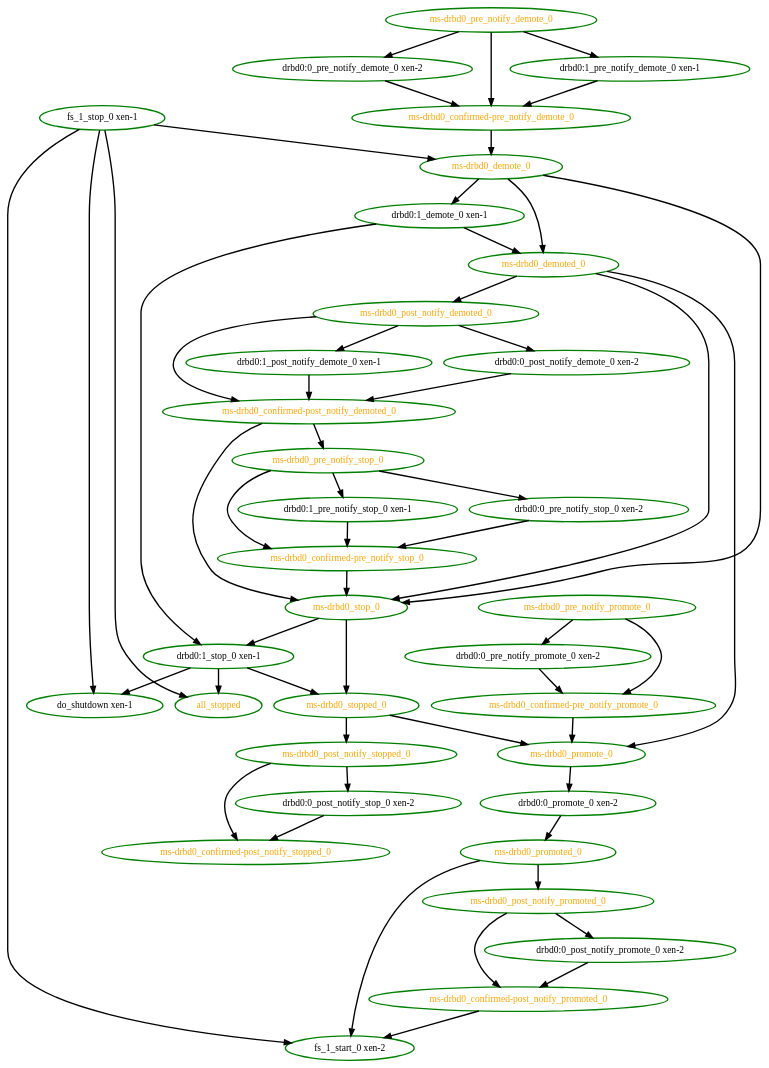
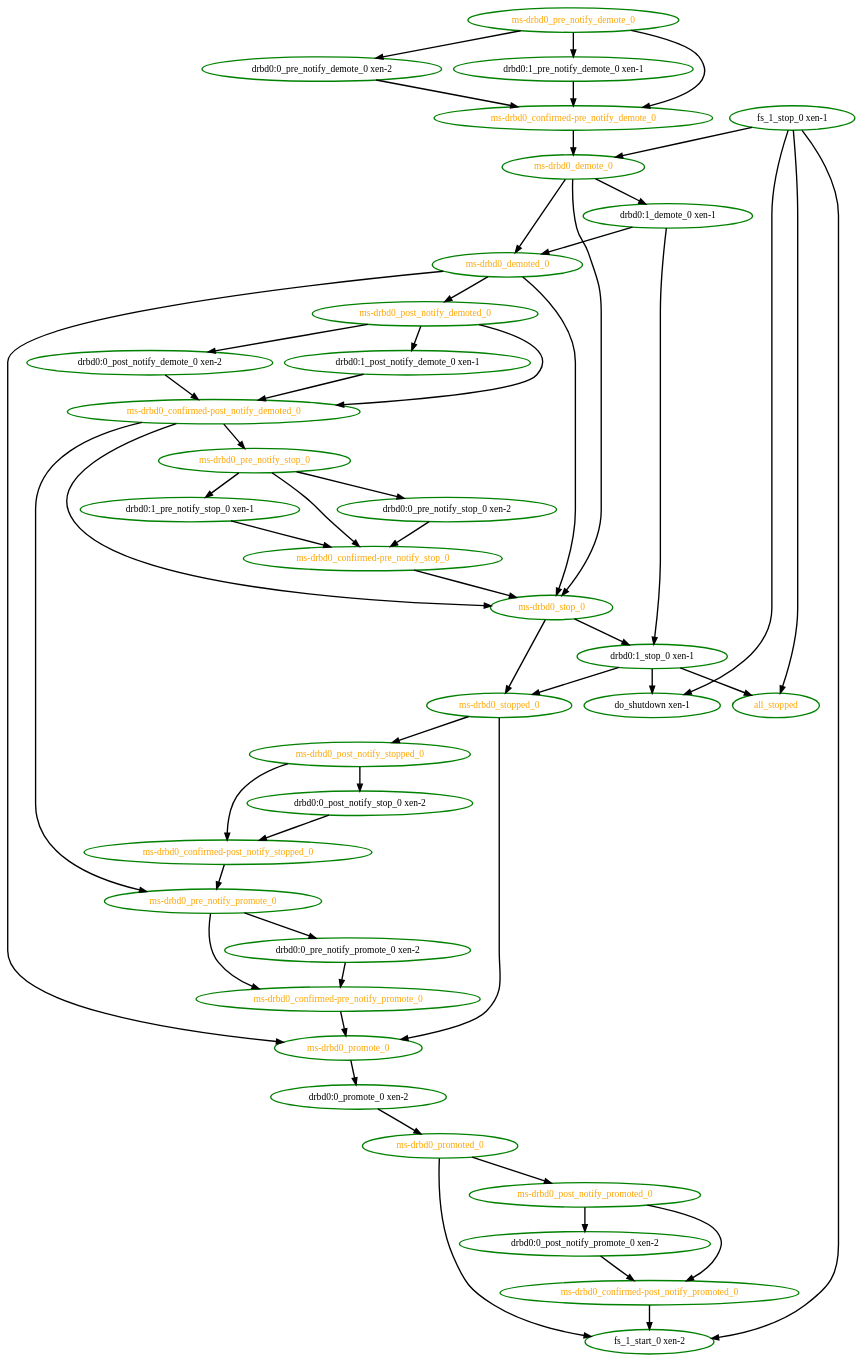
Before and after one commit to linux-ha-japan/pm_diskd: the diagram in pengine/test10/novell-239082.dot, drawn with Graphviz. The commit also changed 10 other files, not shown here.

```diff
--- a/pengine/test10/novell-239082.dot
+++ b/pengine/test10/novell-239082.dot
@@ -1,89 +1,91 @@
  digraph "g" {
 "all_stopped" [ style=bold color="green" fontcolor="orange"  ]
 "do_shutdown xen-1" [ style=bold color="green" fontcolor="black"  ]
 "drbd0:0_post_notify_demote_0 xen-2" -> "ms-drbd0_confirmed-post_notify_demoted_0" [ style = bold]
 "drbd0:0_post_notify_demote_0 xen-2" [ style=bold color="green" fontcolor="black"  ]
 "drbd0:0_post_notify_promote_0 xen-2" -> "ms-drbd0_confirmed-post_notify_promoted_0" [ style = bold]
 "drbd0:0_post_notify_promote_0 xen-2" [ style=bold color="green" fontcolor="black"  ]
 "drbd0:0_post_notify_stop_0 xen-2" -> "ms-drbd0_confirmed-post_notify_stopped_0" [ style = bold]
 "drbd0:0_post_notify_stop_0 xen-2" [ style=bold color="green" fontcolor="black"  ]
 "drbd0:0_pre_notify_demote_0 xen-2" -> "ms-drbd0_confirmed-pre_notify_demote_0" [ style = bold]
 "drbd0:0_pre_notify_demote_0 xen-2" [ style=bold color="green" fontcolor="black"  ]
 "drbd0:0_pre_notify_promote_0 xen-2" -> "ms-drbd0_confirmed-pre_notify_promote_0" [ style = bold]
 "drbd0:0_pre_notify_promote_0 xen-2" [ style=bold color="green" fontcolor="black"  ]
 "drbd0:0_pre_notify_stop_0 xen-2" -> "ms-drbd0_confirmed-pre_notify_stop_0" [ style = bold]
 "drbd0:0_pre_notify_stop_0 xen-2" [ style=bold color="green" fontcolor="black"  ]
 "drbd0:0_promote_0 xen-2" -> "ms-drbd0_promoted_0" [ style = bold]
 "drbd0:0_promote_0 xen-2" [ style=bold color="green" fontcolor="black"  ]
 "drbd0:1_demote_0 xen-1" -> "drbd0:1_stop_0 xen-1" [ style = bold]
 "drbd0:1_demote_0 xen-1" -> "ms-drbd0_demoted_0" [ style = bold]
 "drbd0:1_demote_0 xen-1" [ style=bold color="green" fontcolor="black"  ]
 "drbd0:1_post_notify_demote_0 xen-1" -> "ms-drbd0_confirmed-post_notify_demoted_0" [ style = bold]
 "drbd0:1_post_notify_demote_0 xen-1" [ style=bold color="green" fontcolor="black"  ]
 "drbd0:1_pre_notify_demote_0 xen-1" -> "ms-drbd0_confirmed-pre_notify_demote_0" [ style = bold]
 "drbd0:1_pre_notify_demote_0 xen-1" [ style=bold color="green" fontcolor="black"  ]
 "drbd0:1_pre_notify_stop_0 xen-1" -> "ms-drbd0_confirmed-pre_notify_stop_0" [ style = bold]
 "drbd0:1_pre_notify_stop_0 xen-1" [ style=bold color="green" fontcolor="black"  ]
 "drbd0:1_stop_0 xen-1" -> "all_stopped" [ style = bold]
 "drbd0:1_stop_0 xen-1" -> "do_shutdown xen-1" [ style = bold]
 "drbd0:1_stop_0 xen-1" -> "ms-drbd0_stopped_0" [ style = bold]
 "drbd0:1_stop_0 xen-1" [ style=bold color="green" fontcolor="black"  ]
 "fs_1_start_0 xen-2" [ style=bold color="green" fontcolor="black"  ]
 "fs_1_stop_0 xen-1" -> "all_stopped" [ style = bold]
 "fs_1_stop_0 xen-1" -> "do_shutdown xen-1" [ style = bold]
 "fs_1_stop_0 xen-1" -> "fs_1_start_0 xen-2" [ style = bold]
 "fs_1_stop_0 xen-1" -> "ms-drbd0_demote_0" [ style = bold]
 "fs_1_stop_0 xen-1" [ style=bold color="green" fontcolor="black"  ]
+"ms-drbd0_confirmed-post_notify_demoted_0" -> "ms-drbd0_pre_notify_promote_0" [ style = bold]
 "ms-drbd0_confirmed-post_notify_demoted_0" -> "ms-drbd0_pre_notify_stop_0" [ style = bold]
 "ms-drbd0_confirmed-post_notify_demoted_0" -> "ms-drbd0_stop_0" [ style = bold]
 "ms-drbd0_confirmed-post_notify_demoted_0" [ style=bold color="green" fontcolor="orange"  ]
 "ms-drbd0_confirmed-post_notify_promoted_0" -> "fs_1_start_0 xen-2" [ style = bold]
 "ms-drbd0_confirmed-post_notify_promoted_0" [ style=bold color="green" fontcolor="orange"  ]
+"ms-drbd0_confirmed-post_notify_stopped_0" -> "ms-drbd0_pre_notify_promote_0" [ style = bold]
 "ms-drbd0_confirmed-post_notify_stopped_0" [ style=bold color="green" fontcolor="orange"  ]
 "ms-drbd0_confirmed-pre_notify_demote_0" -> "ms-drbd0_demote_0" [ style = bold]
 "ms-drbd0_confirmed-pre_notify_demote_0" [ style=bold color="green" fontcolor="orange"  ]
 "ms-drbd0_confirmed-pre_notify_promote_0" -> "ms-drbd0_promote_0" [ style = bold]
 "ms-drbd0_confirmed-pre_notify_promote_0" [ style=bold color="green" fontcolor="orange"  ]
 "ms-drbd0_confirmed-pre_notify_stop_0" -> "ms-drbd0_stop_0" [ style = bold]
 "ms-drbd0_confirmed-pre_notify_stop_0" [ style=bold color="green" fontcolor="orange"  ]
 "ms-drbd0_demote_0" -> "drbd0:1_demote_0 xen-1" [ style = bold]
 "ms-drbd0_demote_0" -> "ms-drbd0_demoted_0" [ style = bold]
 "ms-drbd0_demote_0" -> "ms-drbd0_stop_0" [ style = bold]
 "ms-drbd0_demote_0" [ style=bold color="green" fontcolor="orange"  ]
 "ms-drbd0_demoted_0" -> "ms-drbd0_post_notify_demoted_0" [ style = bold]
 "ms-drbd0_demoted_0" -> "ms-drbd0_promote_0" [ style = bold]
 "ms-drbd0_demoted_0" -> "ms-drbd0_stop_0" [ style = bold]
 "ms-drbd0_demoted_0" [ style=bold color="green" fontcolor="orange"  ]
 "ms-drbd0_post_notify_demoted_0" -> "drbd0:0_post_notify_demote_0 xen-2" [ style = bold]
 "ms-drbd0_post_notify_demoted_0" -> "drbd0:1_post_notify_demote_0 xen-1" [ style = bold]
 "ms-drbd0_post_notify_demoted_0" -> "ms-drbd0_confirmed-post_notify_demoted_0" [ style = bold]
 "ms-drbd0_post_notify_demoted_0" [ style=bold color="green" fontcolor="orange"  ]
 "ms-drbd0_post_notify_promoted_0" -> "drbd0:0_post_notify_promote_0 xen-2" [ style = bold]
 "ms-drbd0_post_notify_promoted_0" -> "ms-drbd0_confirmed-post_notify_promoted_0" [ style = bold]
 "ms-drbd0_post_notify_promoted_0" [ style=bold color="green" fontcolor="orange"  ]
 "ms-drbd0_post_notify_stopped_0" -> "drbd0:0_post_notify_stop_0 xen-2" [ style = bold]
 "ms-drbd0_post_notify_stopped_0" -> "ms-drbd0_confirmed-post_notify_stopped_0" [ style = bold]
 "ms-drbd0_post_notify_stopped_0" [ style=bold color="green" fontcolor="orange"  ]
 "ms-drbd0_pre_notify_demote_0" -> "drbd0:0_pre_notify_demote_0 xen-2" [ style = bold]
 "ms-drbd0_pre_notify_demote_0" -> "drbd0:1_pre_notify_demote_0 xen-1" [ style = bold]
 "ms-drbd0_pre_notify_demote_0" -> "ms-drbd0_confirmed-pre_notify_demote_0" [ style = bold]
 "ms-drbd0_pre_notify_demote_0" [ style=bold color="green" fontcolor="orange"  ]
 "ms-drbd0_pre_notify_promote_0" -> "drbd0:0_pre_notify_promote_0 xen-2" [ style = bold]
 "ms-drbd0_pre_notify_promote_0" -> "ms-drbd0_confirmed-pre_notify_promote_0" [ style = bold]
 "ms-drbd0_pre_notify_promote_0" [ style=bold color="green" fontcolor="orange"  ]
 "ms-drbd0_pre_notify_stop_0" -> "drbd0:0_pre_notify_stop_0 xen-2" [ style = bold]
 "ms-drbd0_pre_notify_stop_0" -> "drbd0:1_pre_notify_stop_0 xen-1" [ style = bold]
 "ms-drbd0_pre_notify_stop_0" -> "ms-drbd0_confirmed-pre_notify_stop_0" [ style = bold]
 "ms-drbd0_pre_notify_stop_0" [ style=bold color="green" fontcolor="orange"  ]
 "ms-drbd0_promote_0" -> "drbd0:0_promote_0 xen-2" [ style = bold]
 "ms-drbd0_promote_0" [ style=bold color="green" fontcolor="orange"  ]
 "ms-drbd0_promoted_0" -> "fs_1_start_0 xen-2" [ style = bold]
 "ms-drbd0_promoted_0" -> "ms-drbd0_post_notify_promoted_0" [ style = bold]
 "ms-drbd0_promoted_0" [ style=bold color="green" fontcolor="orange"  ]
 "ms-drbd0_stop_0" -> "drbd0:1_stop_0 xen-1" [ style = bold]
 "ms-drbd0_stop_0" -> "ms-drbd0_stopped_0" [ style = bold]
 "ms-drbd0_stop_0" [ style=bold color="green" fontcolor="orange"  ]
 "ms-drbd0_stopped_0" -> "ms-drbd0_post_notify_stopped_0" [ style = bold]
 "ms-drbd0_stopped_0" -> "ms-drbd0_promote_0" [ style = bold]
 "ms-drbd0_stopped_0" [ style=bold color="green" fontcolor="orange"  ]
 }
```
